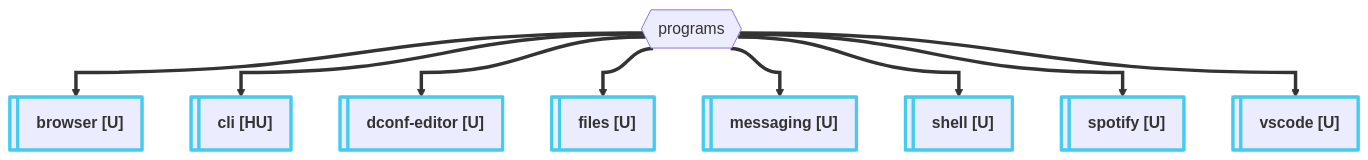
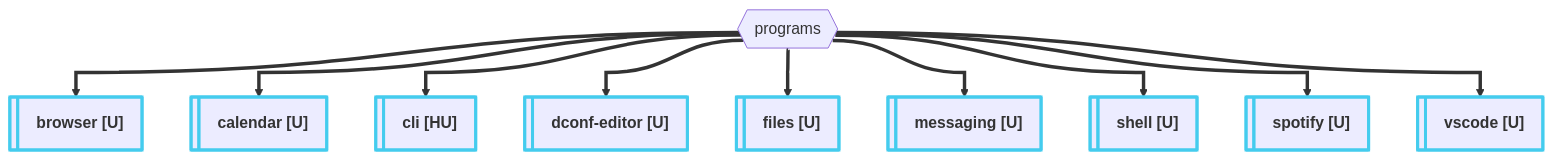
Before and after one commit to Gwenodai/nixos: the second of 3 diagrams in readme.md, drawn with Mermaid. The commit also changed other lines of this file and 20 other files, not shown here.

````diff
--- a/readme.md
+++ b/readme.md
@@ -65,28 +65,30 @@
 ```mermaid
 ---
 config:
   flowchart:
     curve: bumpX
 ---
 flowchart TD
   classDef bold stroke:#4ce, stroke-width:3px
 
   programs{{"programs"}}
     p_browser["`**browser [U]**`"]:::bold@{shape: lin-rect}
+    p_calendar["`**calendar [U]**`"]:::bold@{shape: lin-rect}
     p_cli["`**cli [HU]**`"]:::bold@{shape: lin-rect}
     p_dconf-editor["`**dconf-editor [U]**`"]:::bold@{shape: lin-rect}
     p_files["`**files [U]**`"]:::bold@{shape: lin-rect}
     p_messaging["`**messaging [U]**`"]:::bold@{shape: lin-rect}
     p_shell["`**shell [U]**`"]:::bold@{shape: lin-rect}
     p_spotify["`**spotify [U]**`"]:::bold@{shape: lin-rect}
     p_vscode["`**vscode [U]**`"]:::bold@{shape: lin-rect}
 
   programs ==> p_browser
+  programs ==> p_calendar
   programs ==> p_cli
   programs ==> p_dconf-editor
   programs ==> p_files
   programs ==> p_messaging
   programs ==> p_shell
   programs ==> p_spotify
   programs ==> p_vscode
 ```
````
